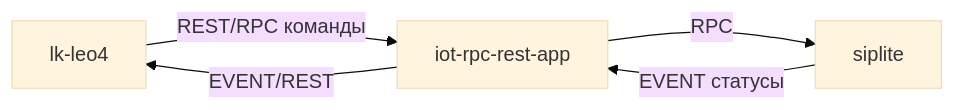
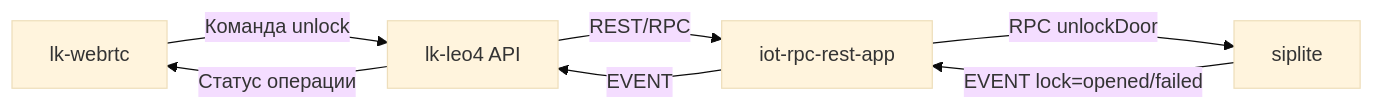
Before and after one commit to OlegLebedevRU/lk-webrtc: the fourth of 5 diagrams in docs/md/solution-presentation.md, drawn with Mermaid (base theme). The commit also changed other lines of this file, not shown here.

First line of the commit message:
docs: add end-to-end doorbell scenario for incoming SIP, video and lock control

````diff
--- a/docs/md/solution-presentation.md
+++ b/docs/md/solution-presentation.md
@@ -86,7 +110,9 @@
 ```mermaid
 flowchart LR
-    LK[lk-leo4] -->|REST/RPC команды| Core[iot-rpc-rest-app]
-    Core -->|RPC| Siplite[siplite]
-    Siplite -->|EVENT статусы| Core
-    Core -->|EVENT/REST| LK
+    W[lk-webrtc] -->|Команда unlock| L[lk-leo4 API]
+    L -->|REST/RPC| Core[iot-rpc-rest-app]
+    Core -->|RPC unlockDoor| S[siplite]
+    S -->|EVENT lock=opened/failed| Core
+    Core -->|EVENT| L
+    L -->|Статус операции| W
 ```
````
